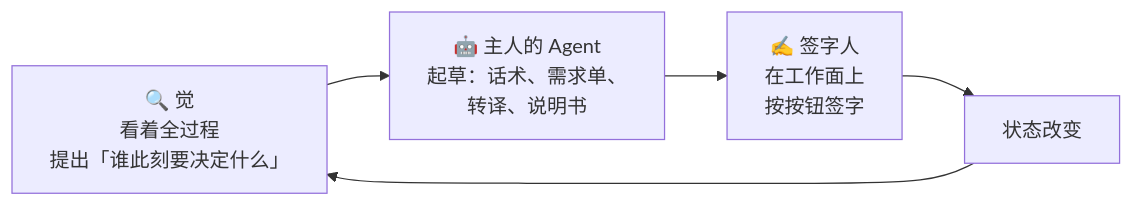
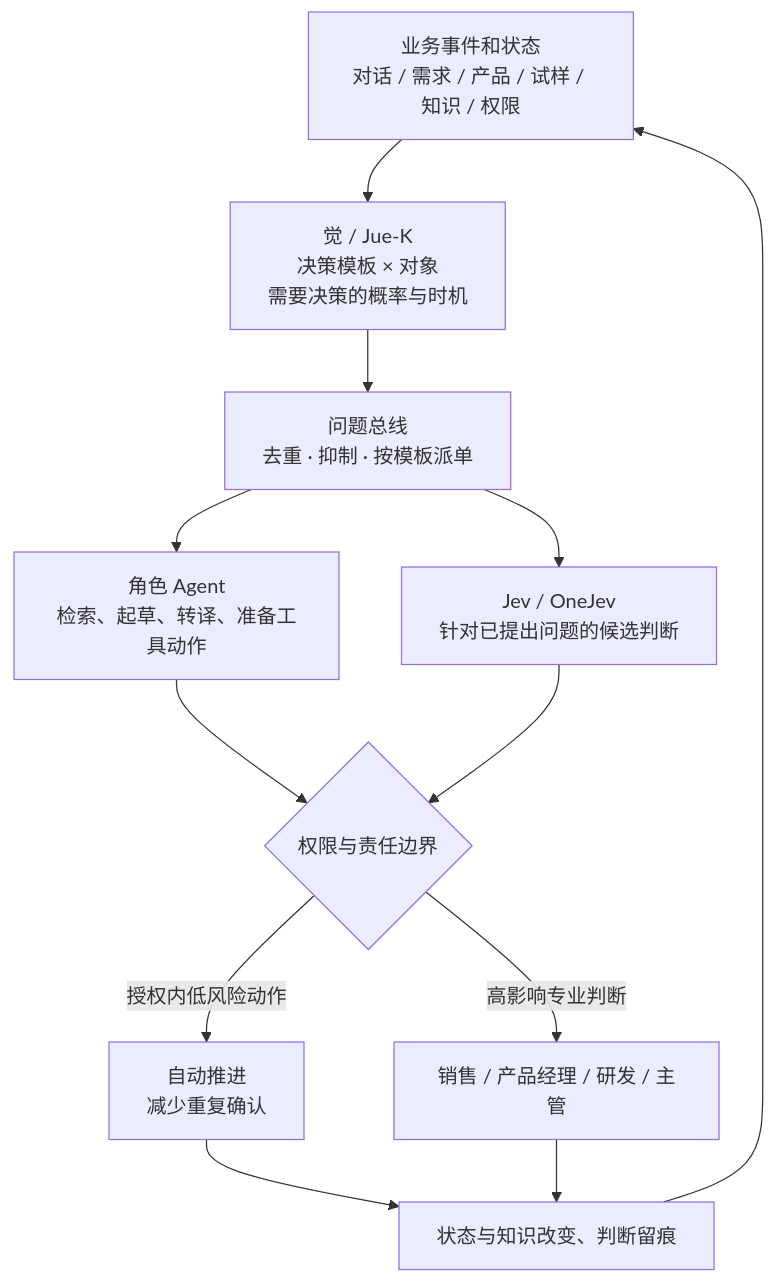
One commit to Deliaru/Hua-Yan changed the first of 6 diagrams in README.md. Above: the diagram before and after it, drawn with Mermaid. The commit also changed other lines of this file and 21 other files, not shown here.

````diff
--- a/README.md
+++ b/README.md
@@ -103,7 +148,14 @@
 ```mermaid
-flowchart LR
-    J["🔍 觉<br/>看着全过程<br/>提出「谁此刻要决定什么」"] --> A["🤖 主人的 Agent<br/>起草：话术、需求单、<br/>转译、说明书"]
-    A --> H["✍️ 签字人<br/>在工作面上<br/>按按钮签字"]
-    H --> S["状态改变"]
-    S --> J
+flowchart TB
+    EV["业务事件和状态<br/>对话 / 需求 / 产品 / 试样 / 知识 / 权限"] --> J["觉 / Jue-K<br/>决策模板 × 对象<br/>需要决策的概率与时机"]
+    J --> BUS["问题总线<br/>去重 · 抑制 · 按模板派单"]
+    BUS --> AG["角色 Agent<br/>检索、起草、转译、准备工具动作"]
+    BUS --> JE["Jev / OneJev<br/>针对已提出问题的候选判断"]
+    AG --> G{"权限与责任边界"}
+    JE --> G
+    G -->|授权内低风险动作| AUTO["自动推进<br/>减少重复确认"]
+    G -->|高影响专业判断| HUMAN["销售 / 产品经理 / 研发 / 主管"]
+    AUTO --> ST["状态与知识改变、判断留痕"]
+    HUMAN --> ST
+    ST --> EV
 ```
````
